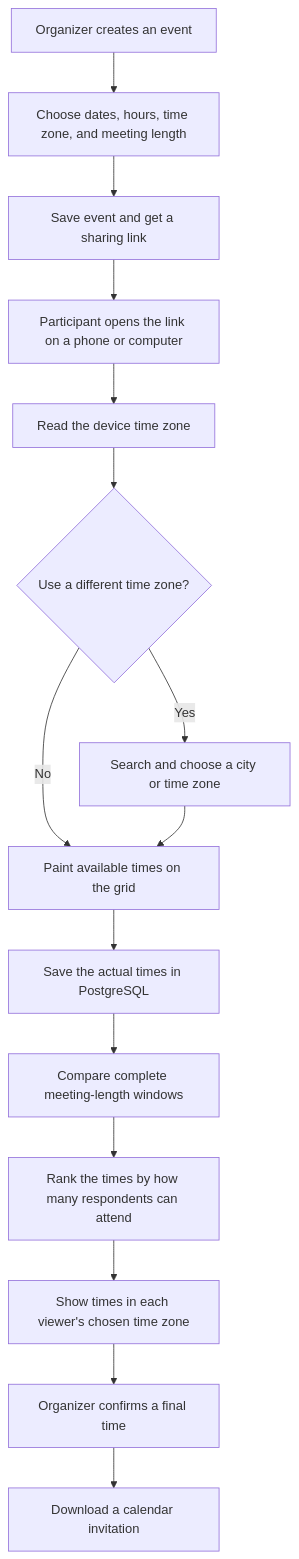
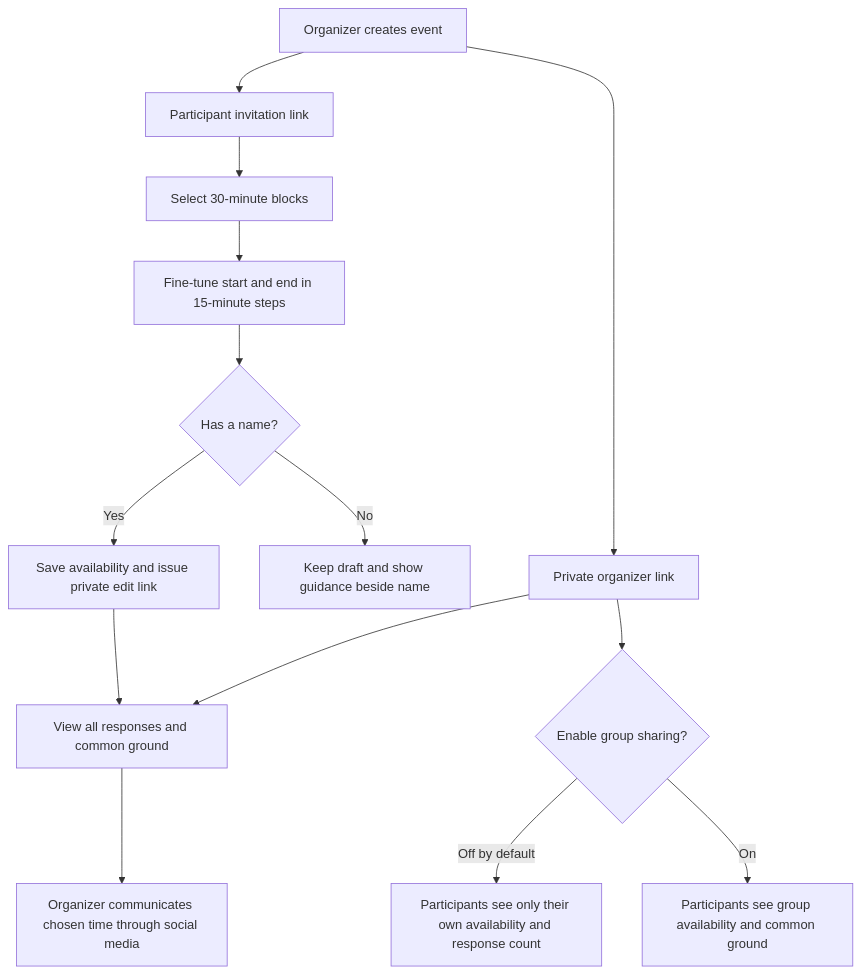
One commit to jimmy181211/whenkin changed the first of 3 diagrams in docs/flowchart.md. Above: the diagram before and after it, drawn with Mermaid. The commit also changed other lines of this file and 18 other files, not shown here.

````diff
--- a/docs/flowchart.md
+++ b/docs/flowchart.md
@@ -7,17 +7,16 @@
 ```mermaid
 flowchart TD
-    A[Organizer creates an event] --> B[Choose dates, hours, time zone, and meeting length]
-    B --> C[Save event and get a sharing link]
-    C --> D[Participant opens the link on a phone or computer]
-    D --> E[Read the device time zone]
-    E --> F{Use a different time zone?}
-    F -->|Yes| G[Search and choose a city or time zone]
-    F -->|No| H[Paint available times on the grid]
-    G --> H
-    H --> I[Save the actual times in PostgreSQL]
-    I --> J[Compare complete meeting-length windows]
-    J --> K[Rank the times by how many respondents can attend]
-    K --> L[Show times in each viewer's chosen time zone]
-    L --> M[Organizer confirms a final time]
-    M --> N[Download a calendar invitation]
+  A[Organizer creates event] --> B[Private organizer link]
+  A --> C[Participant invitation link]
+  B --> D[View all responses and common ground]
+  B --> E{Enable group sharing?}
+  E -->|Off by default| F[Participants see only their own availability and response count]
+  E -->|On| G[Participants see group availability and common ground]
+  C --> H[Select 30-minute blocks]
+  H --> I[Fine-tune start and end in 15-minute steps]
+  I --> J{Has a name?}
+  J -->|No| K[Keep draft and show guidance beside name]
+  J -->|Yes| L[Save availability and issue private edit link]
+  L --> D
+  D --> M[Organizer communicates chosen time through social media]
 ```
````
